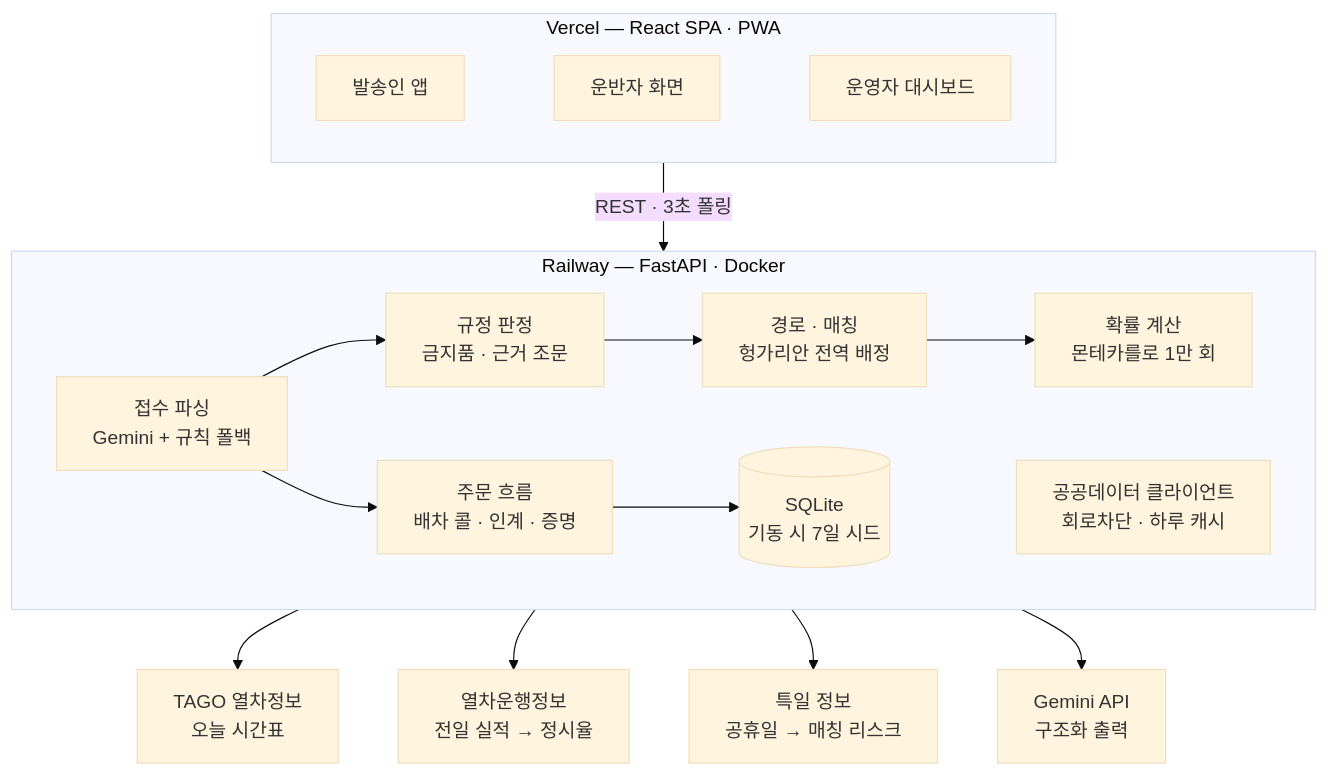
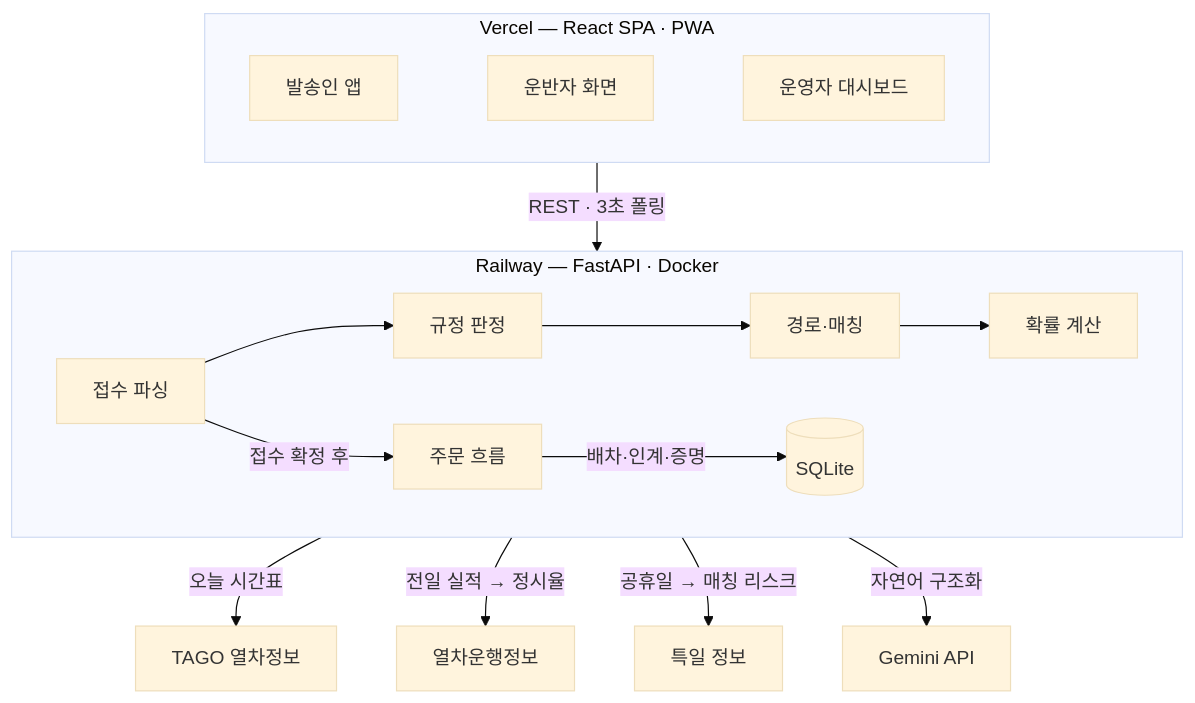
Before and after one commit to Patrick-SCH03/MOVE-AI-CHALLENGE-2026: the third of 3 diagrams in README.md, drawn with Mermaid (base theme). The commit also changed other lines of this file, not shown here.

First line of the commit message:
fix(docs): 다이어그램 노드 라벨 줄바꿈 정리 — 한 줄 라벨로

````diff
--- a/README.md
+++ b/README.md
@@ -117,19 +117,17 @@
 ```mermaid
 flowchart TB
     subgraph V["Vercel — React SPA · PWA"]
         direction LR
         S["발송인 앱"] ~~~ CA["운반자 화면"] ~~~ OP["운영자 대시보드"]
     end
     V -->|"REST · 3초 폴링"| R
     subgraph R["Railway — FastAPI · Docker"]
         direction LR
-        P["접수 파싱<br/>Gemini + 규칙 폴백"] --> SC["규정 판정<br/>금지품 · 근거 조문"]
-        SC --> M["경로 · 매칭<br/>헝가리안 전역 배정"] --> PB["확률 계산<br/>몬테카를로 1만 회"]
-        P --> F["주문 흐름<br/>배차 콜 · 인계 · 증명"] --> DB[("SQLite<br/>기동 시 7일 시드")]
-        PD["공공데이터 클라이언트<br/>회로차단 · 하루 캐시"]
+        P["접수 파싱"] --> SC["규정 판정"] --> M["경로·매칭"] --> PB["확률 계산"]
+        P -->|"접수 확정 후"| F["주문 흐름"] -->|"배차·인계·증명"| DB[("SQLite")]
     end
-    R --> T["TAGO 열차정보<br/>오늘 시간표"]
-    R --> TR["열차운행정보<br/>전일 실적 → 정시율"]
-    R --> SD["특일 정보<br/>공휴일 → 매칭 리스크"]
-    R --> GM["Gemini API<br/>구조화 출력"]
+    R -->|"오늘 시간표"| T["TAGO 열차정보"]
+    R -->|"전일 실적 → 정시율"| TR["열차운행정보"]
+    R -->|"공휴일 → 매칭 리스크"| SD["특일 정보"]
+    R -->|"자연어 구조화"| GM["Gemini API"]
 ```
````
